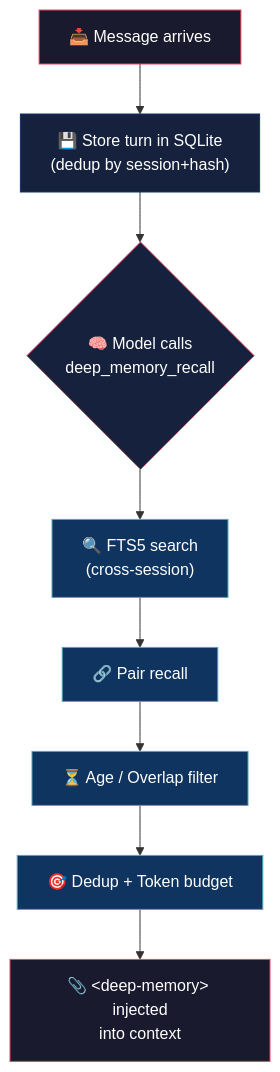
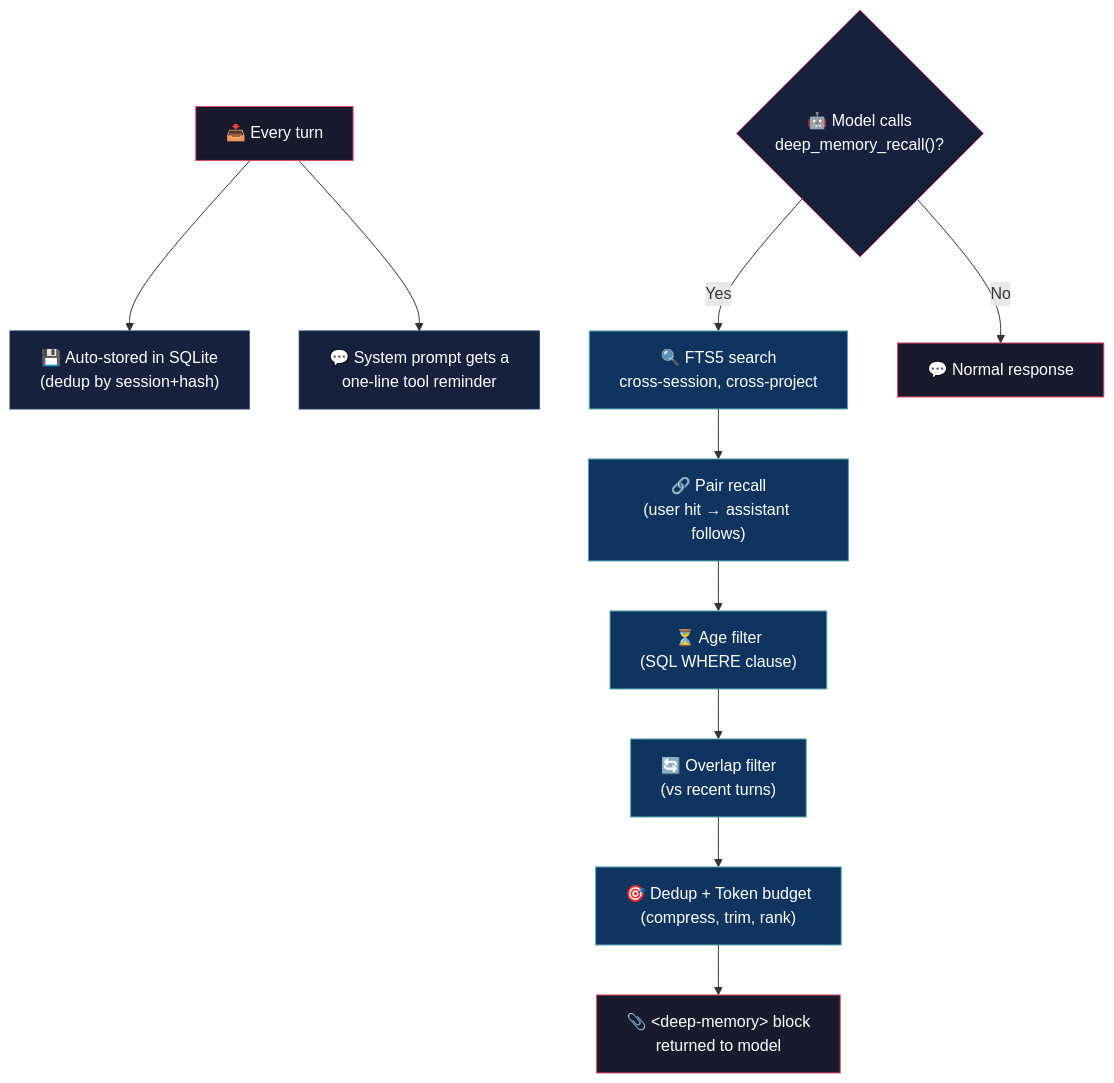
Before and after one commit to alejo54dev/opencode-deep-memory: the diagram in README.md, drawn with Mermaid. The commit also changed other lines of this file and 1 other file, not shown here.

Commit message:
README: fix accuracy (proactive recall, no auto-injection), add use cases + wit. deep-memory.ts: sync STRIP_PATTERNS ordering.

````diff
--- a/README.md
+++ b/README.md
@@ -20,19 +21,26 @@
 ```mermaid
 flowchart TD
-    A["📥 Message arrives"] --> B["💾 Store turn in SQLite<br/>(dedup by session+hash)"]
-    B --> C{"🧠 Model calls<br/>deep_memory_recall"}
-    C --> D["🔍 FTS5 search<br/>(cross-session)"]
-    D --> E["🔗 Pair recall"]
-    E --> F["⏳ Age / Overlap filter"]
-    F --> G["🎯 Dedup + Token budget"]
-    G --> H["📎 &lt;deep-memory&gt; injected<br/>into context"]
+    A["📥 Every turn"] --> B["💾 Auto-stored in SQLite<br/>(dedup by session+hash)"]
+    A --> C["💬 System prompt gets a<br/>one-line tool reminder"]
+
+    D{"🤖 Model calls<br/>deep_memory_recall()?"}
+    D -->|"Yes"| E["🔍 FTS5 search<br/>cross-session, cross-project"]
+    E --> F["🔗 Pair recall<br/>(user hit → assistant follows)"]
+    F --> G["⏳ Age filter<br/>(SQL WHERE clause)"]
+    G --> H["🔄 Overlap filter<br/>(vs recent turns)"]
+    H --> I["🎯 Dedup + Token budget<br/>(compress, trim, rank)"]
+    I --> J["📎 &lt;deep-memory&gt; block<br/>returned to model"]
+    D -->|"No"| K["💬 Normal response"]
 
     style A fill:#1a1a2e,stroke:#e94560,color:#fff
     style B fill:#16213e,stroke:#0f3460,color:#fff
-    style C fill:#16213e,stroke:#e94560,color:#fff
-    style D fill:#0f3460,stroke:#53a8b6,color:#fff
+    style C fill:#16213e,stroke:#0f3460,color:#fff
+    style D fill:#16213e,stroke:#e94560,color:#fff
     style E fill:#0f3460,stroke:#53a8b6,color:#fff
     style F fill:#0f3460,stroke:#53a8b6,color:#fff
     style G fill:#0f3460,stroke:#53a8b6,color:#fff
-    style H fill:#1a1a2e,stroke:#e94560,color:#fff
+    style H fill:#0f3460,stroke:#53a8b6,color:#fff
+    style I fill:#0f3460,stroke:#53a8b6,color:#fff
+    style J fill:#1a1a2e,stroke:#e94560,color:#fff
+    style K fill:#1a1a2e,stroke:#e94560,color:#fff
 ```
````
